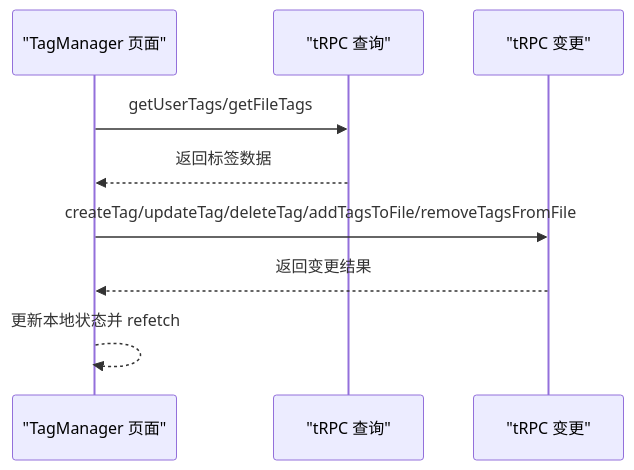
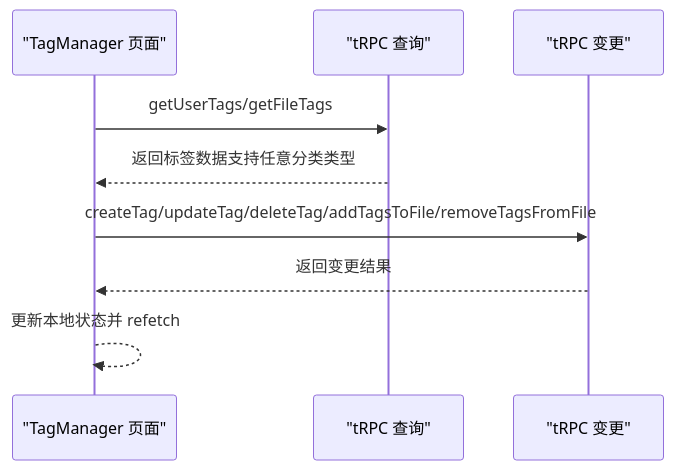
One commit to RadiumAg/image-saas changed the seventh of 9 diagrams in .qoder/repowiki/zh/content/核心功能模块/标签管理系统.md. Above: the diagram before and after it, drawn with Mermaid. The commit also changed other lines of this file and 6 other files, not shown here.

````diff
--- a/.qoder/repowiki/zh/content/核心功能模块/标签管理系统.md
+++ b/.qoder/repowiki/zh/content/核心功能模块/标签管理系统.md
@@ -241,11 +302,11 @@
 ```mermaid
 sequenceDiagram
 participant Page as "TagManager 页面"
 participant TQuery as "tRPC 查询"
 participant TMut as "tRPC 变更"
 Page->>TQuery : getUserTags/getFileTags
-TQuery-->>Page : 返回标签数据
+TQuery-->>Page : 返回标签数据支持任意分类类型
 Page->>TMut : createTag/updateTag/deleteTag/addTagsToFile/removeTagsFromFile
 TMut-->>Page : 返回变更结果
 Page-->>Page : 更新本地状态并 refetch
 ```
````
